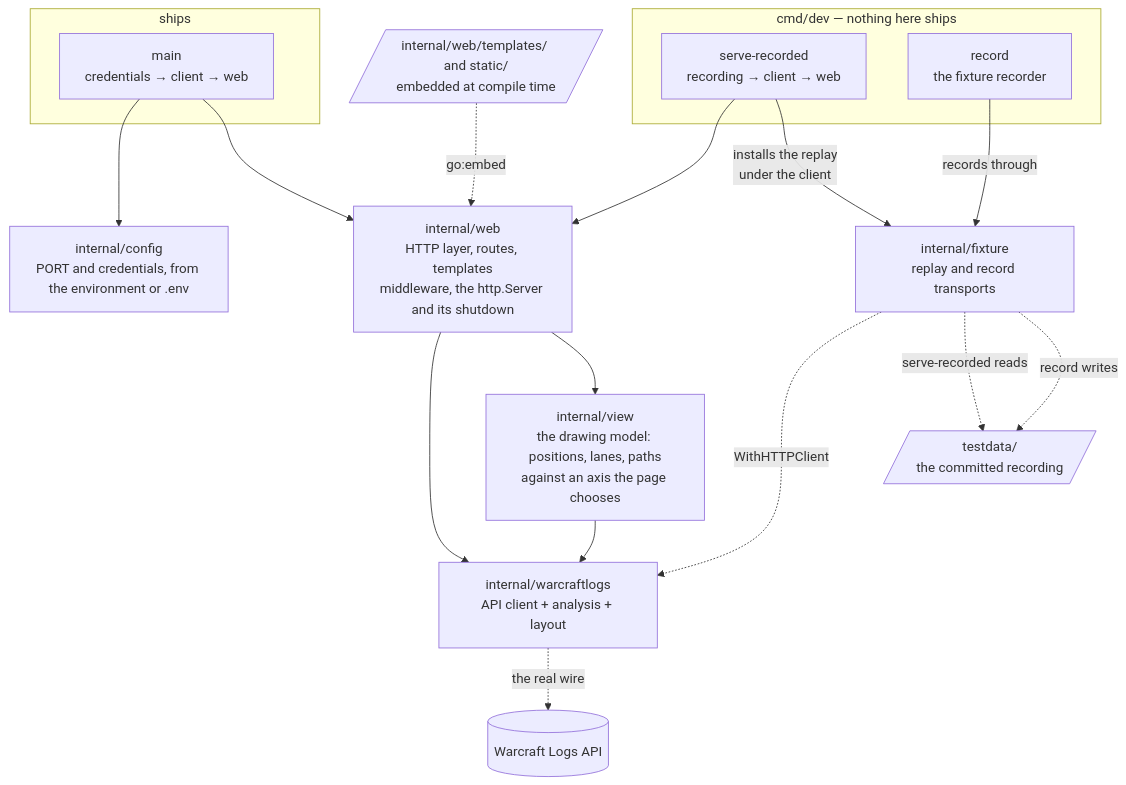
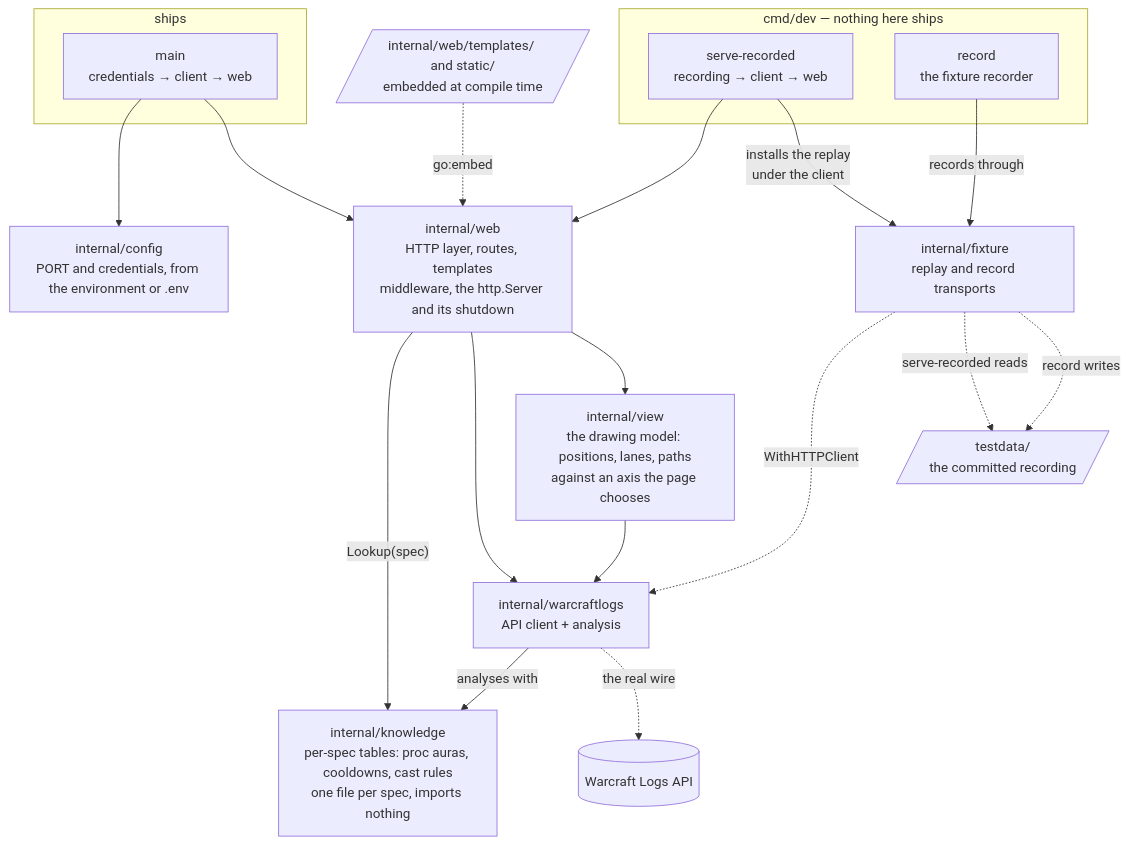
Before and after one commit to Gabriel2048/wow-insights: the second of 3 diagrams in ARCHITECTURE.md, drawn with Mermaid. The commit also changed other lines of this file and 27 other files, not shown here.

First line of the commit message:
Make spec knowledge data instead of package globals (#48)

````diff
--- a/ARCHITECTURE.md
+++ b/ARCHITECTURE.md
@@ -56,41 +56,45 @@
 ```mermaid
 flowchart TB
     %% verified: package graph
     subgraph ships["ships"]
         main["main<br/>credentials → client → web"]
     end
     subgraph dev["cmd/dev — nothing here ships"]
         serve_recorded["serve-recorded<br/>recording → client → web"]
         record["record<br/>the fixture recorder"]
     end
     templates[/"internal/web/templates/ and static/<br/>embedded at compile time"/]
     web["internal/web<br/>HTTP layer, routes, templates<br/>middleware, the http.Server and its shutdown"]
     view["internal/view<br/>the drawing model: positions, lanes, paths<br/>against an axis the page chooses"]
     config["internal/config<br/>PORT and credentials, from the environment or .env"]
     fixture["internal/fixture<br/>replay and record transports"]
-    warcraftlogs["internal/warcraftlogs<br/>API client + analysis + layout"]
+    warcraftlogs["internal/warcraftlogs<br/>API client + analysis"]
+    knowledge["internal/knowledge<br/>per-spec tables: proc auras, cooldowns, cast rules<br/>one file per spec, imports nothing"]
     api[("Warcraft Logs API")]
     testdata[/"testdata/<br/>the committed recording"/]
 
     main --> config
     main --> web
     serve_recorded --> web
     serve_recorded -->|"installs the replay<br/>under the client"| fixture
     record -->|"records through"| fixture
     templates -.->|"go:embed"| web
+    web -->|"Lookup(spec)"| knowledge
     web --> warcraftlogs
     web --> view
     view --> warcraftlogs
+    warcraftlogs -->|"analyses with"| knowledge
     %% Every binary also builds the client (warcraftlogs.New) and reads its
     %% configuration. Real, verified, and not drawn: the labels say it and
     %% the lines would only cross what matters.
     %% main --> warcraftlogs
     %% serve_recorded --> warcraftlogs
     %% record --> warcraftlogs
+    %% record --> knowledge
     %% serve_recorded --> config
     %% record --> config
     fixture -.->|"WithHTTPClient"| warcraftlogs
     fixture -.->|"serve-recorded reads"| testdata
     fixture -.->|"record writes"| testdata
     warcraftlogs -.->|"the real wire"| api
 ```
````
